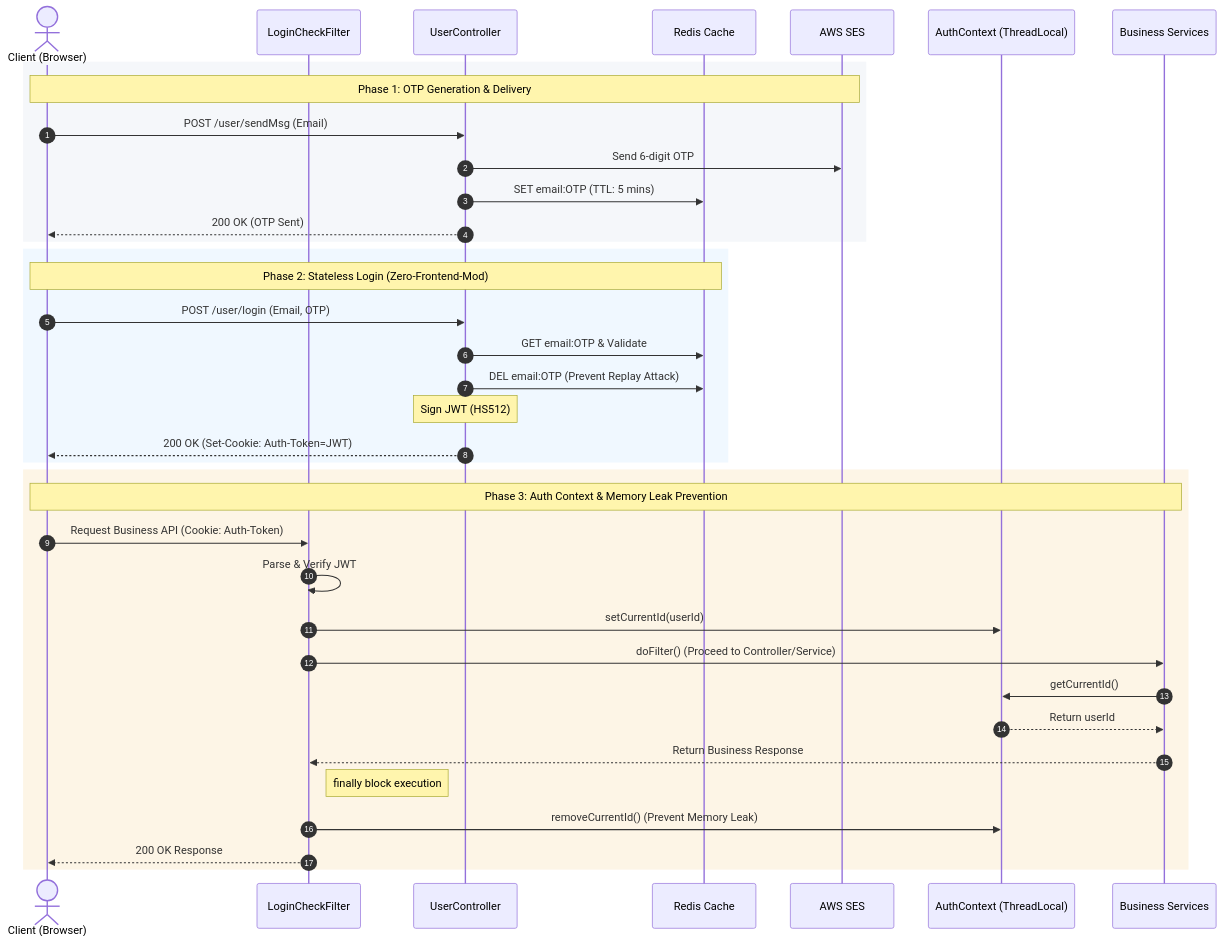
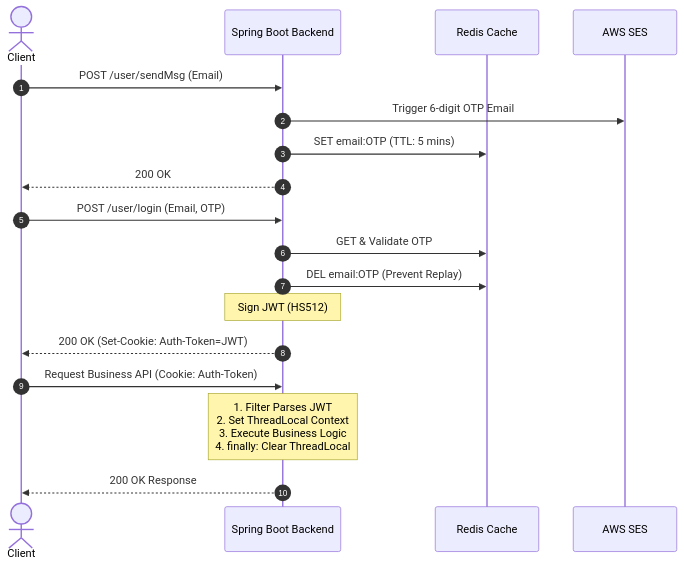
One commit to hannaqq/Auro-Dining changed the third of 3 diagrams in README.md. Above: the diagram before and after it, drawn with Mermaid. The commit also changed other lines of this file, not shown here.

Commit message:
fix chart error

````diff
--- a/README.md
+++ b/README.md
@@ -116,47 +112,26 @@
 ```mermaid
 sequenceDiagram
     autonumber
-    actor Client as Client (Browser)
-    participant Filter as LoginCheckFilter
-    participant Ctrl as UserController
+    actor Client
+    participant App as Spring Boot Backend
     participant Redis as Redis Cache
     participant SES as AWS SES
-    participant TL as AuthContext (ThreadLocal)
-    participant Service as Business Services
 
-    %% Phase 1: OTP Request
-    rect rgb(245, 247, 250)
-        Note over Client, SES: Phase 1: OTP Generation & Delivery
-        Client->>Ctrl: POST /user/sendMsg (Email)
-        Ctrl->>SES: Send 6-digit OTP
-        Ctrl->>Redis: SET email:OTP (TTL: 5 mins)
-        Ctrl-->>Client: 200 OK (OTP Sent)
-    end
+    %% Phase 1: OTP Generation
+    Client->>App: POST /user/sendMsg (Email)
+    App->>SES: Trigger 6-digit OTP Email
+    App->>Redis: SET email:OTP (TTL: 5 mins)
+    App-->>Client: 200 OK
+    
+    %% Phase 2: Login & JWT Issuance
+    Client->>App: POST /user/login (Email, OTP)
+    App->>Redis: GET & Validate OTP
+    App->>Redis: DEL email:OTP (Prevent Replay)
+    Note over App: Sign JWT (HS512)
+    App-->>Client: 200 OK (Set-Cookie: Auth-Token=JWT)
 
-    %% Phase 2: Login & JWT
-    rect rgb(240, 248, 255)
-        Note over Client, Redis: Phase 2: Stateless Login (Zero-Frontend-Mod)
-        Client->>Ctrl: POST /user/login (Email, OTP)
-        Ctrl->>Redis: GET email:OTP & Validate
-        Ctrl->>Redis: DEL email:OTP (Prevent Replay Attack)
-        Note over Ctrl: Sign JWT (HS512)
-        Ctrl-->>Client: 200 OK (Set-Cookie: Auth-Token=JWT)
-    end
-
-    %% Phase 3: Authenticated Request
-    rect rgb(253, 245, 230)
-        Note over Client, Service: Phase 3: Auth Context & Memory Leak Prevention
-        Client->>Filter: Request Business API (Cookie: Auth-Token)
-        Filter->>Filter: Parse & Verify JWT
-        Filter->>TL: setCurrentId(userId)
-        
-        Filter->>Service: doFilter() (Proceed to Controller/Service)
-        Service->>TL: getCurrentId()
-        TL-->>Service: Return userId
-        Service-->>Filter: Return Business Response
-        
-        Note right of Filter: finally block execution
-        Filter->>TL: removeCurrentId() (Prevent Memory Leak)
-        Filter-->>Client: 200 OK Response
-    end
+    %% Phase 3: Authenticated Access
+    Client->>App: Request Business API (Cookie: Auth-Token)
+    Note over App: 1. Filter Parses JWT<br/>2. Set ThreadLocal Context<br/>3. Execute Business Logic<br/>4. finally: Clear ThreadLocal
+    App-->>Client: 200 OK Response
 ```
````
